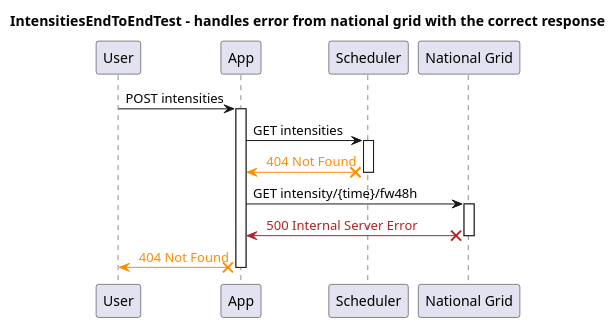
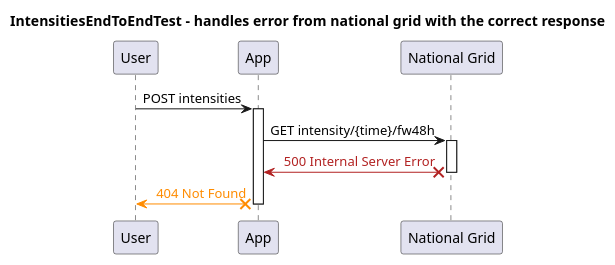
The diagram in WebApp/sequences/IntensitiesEndToEndTest - handles error from national grid with the correct response - Sequence.puml (JamesWheadon/Carbon-Intensity), drawn with PlantUML before and after one commit. The commit also changed 22 other files, not shown here.

Commit message:
remove interactions with scheduler for retrieving intensities

```diff
--- a/WebApp/sequences/IntensitiesEndToEndTest - handles error from national grid with the correct response - Sequence.puml
+++ b/WebApp/sequences/IntensitiesEndToEndTest - handles error from national grid with the correct response - Sequence.puml
@@ -1,21 +1,15 @@
 @startuml
 title IntensitiesEndToEndTest - handles error from national grid with the correct response
 participant "User"
 participant "App"
-participant "Scheduler"
 participant "National Grid"
 "User" -> "App": POST intensities
 activate "App"
-"App" -> "Scheduler": GET intensities
-activate "Scheduler"
-
-"Scheduler" X-[#DarkOrange]> "App": <color:DarkOrange> 404 Not Found
-deactivate "Scheduler"
 "App" -> "National Grid": GET intensity/{time}/fw48h
 activate "National Grid"
 
 "National Grid" X-[#FireBrick]> "App": <color:FireBrick> 500 Internal Server Error
 deactivate "National Grid"
 "App" X-[#DarkOrange]> "User": <color:DarkOrange> 404 Not Found
 deactivate "App"
 @enduml
```
